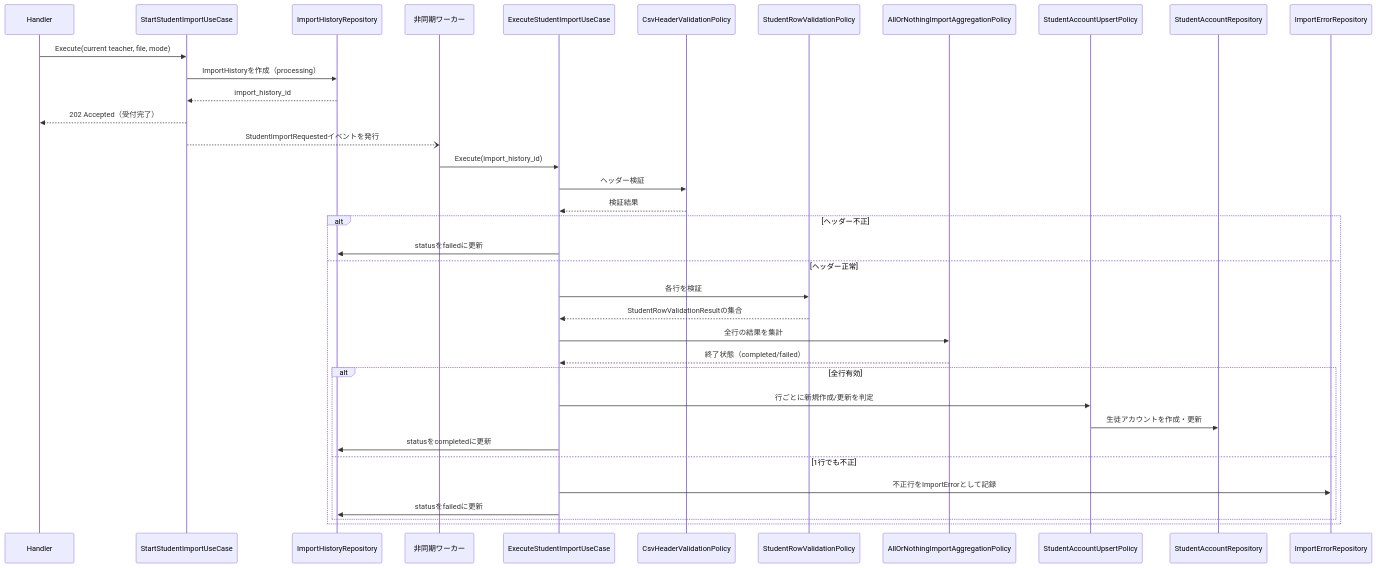
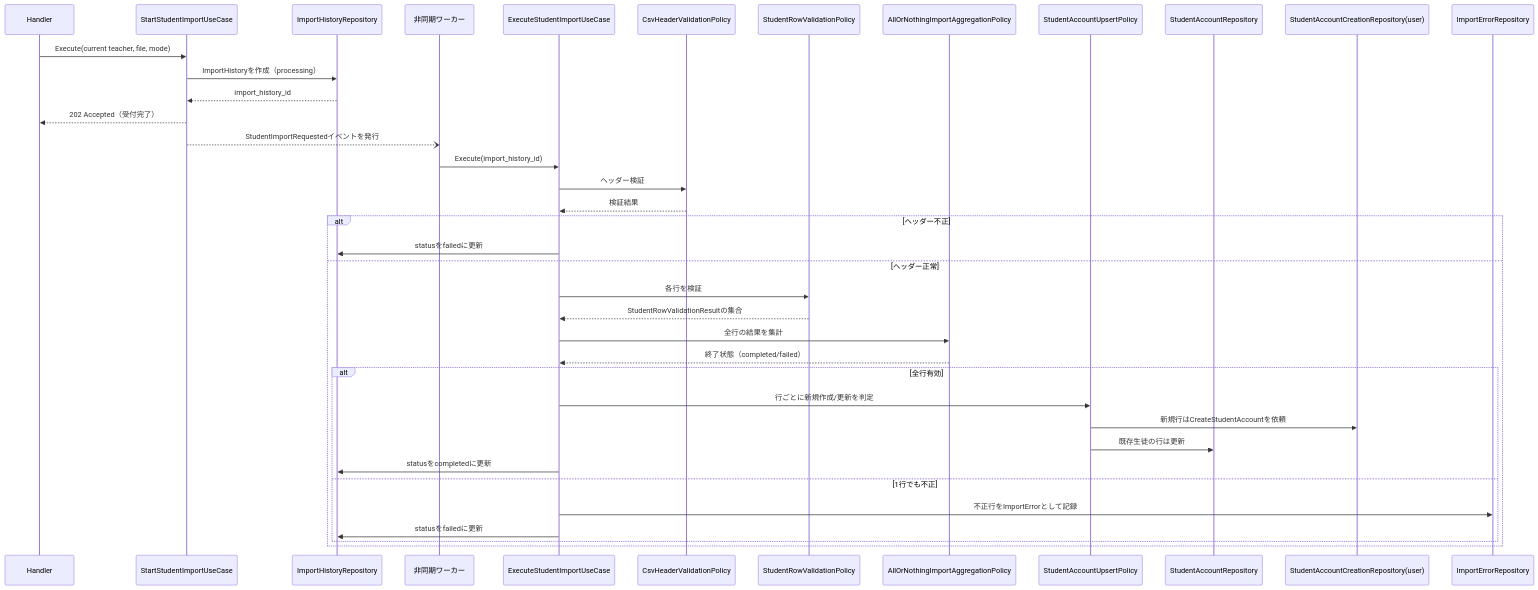
The third of 4 diagrams in 計画書/GO移行・設計仕様書/生徒CSVインポート機能_Go移行・設計仕様書.md (yuta20253/edu-platform-go-design), drawn with Mermaid before and after one commit. The commit also changed other lines of this file and 28 other files, not shown here.

````diff
--- a/計画書/GO移行・設計仕様書/生徒CSVインポート機能_Go移行・設計仕様書.md
+++ b/計画書/GO移行・設計仕様書/生徒CSVインポート機能_Go移行・設計仕様書.md
@@ -385,40 +395,42 @@
 ```mermaid
 sequenceDiagram
     participant H as Handler
     participant SU as StartStudentImportUseCase
     participant HR as ImportHistoryRepository
     participant W as 非同期ワーカー
     participant EU as ExecuteStudentImportUseCase
     participant HV as CsvHeaderValidationPolicy
     participant RV as StudentRowValidationPolicy
     participant AG as AllOrNothingImportAggregationPolicy
     participant UP as StudentAccountUpsertPolicy
     participant SR as StudentAccountRepository
+    participant CR as StudentAccountCreationRepository(user)
     participant ER as ImportErrorRepository
 
     H->>SU: Execute(current teacher, file, mode)
     SU->>HR: ImportHistoryを作成（processing）
     HR-->>SU: import_history_id
     SU-->>H: 202 Accepted（受付完了）
     SU--)W: StudentImportRequestedイベントを発行
 
     W->>EU: Execute(import_history_id)
     EU->>HV: ヘッダー検証
     HV-->>EU: 検証結果
     alt ヘッダー不正
         EU->>HR: statusをfailedに更新
     else ヘッダー正常
         EU->>RV: 各行を検証
         RV-->>EU: StudentRowValidationResultの集合
         EU->>AG: 全行の結果を集計
         AG-->>EU: 終了状態（completed/failed）
         alt 全行有効
             EU->>UP: 行ごとに新規作成/更新を判定
-            UP->>SR: 生徒アカウントを作成・更新
+            UP->>CR: 新規行はCreateStudentAccountを依頼
+            UP->>SR: 既存生徒の行は更新
             EU->>HR: statusをcompletedに更新
         else 1行でも不正
             EU->>ER: 不正行をImportErrorとして記録
             EU->>HR: statusをfailedに更新
         end
     end
 ```
````
